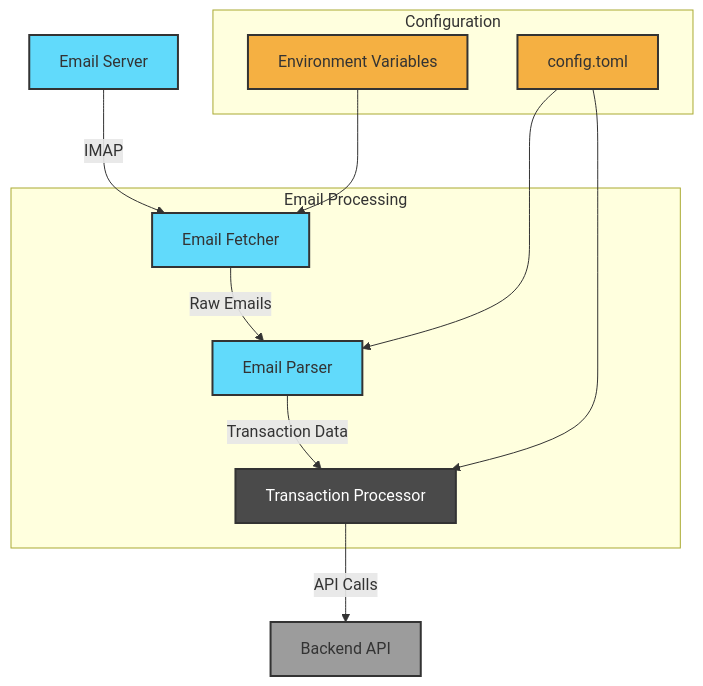
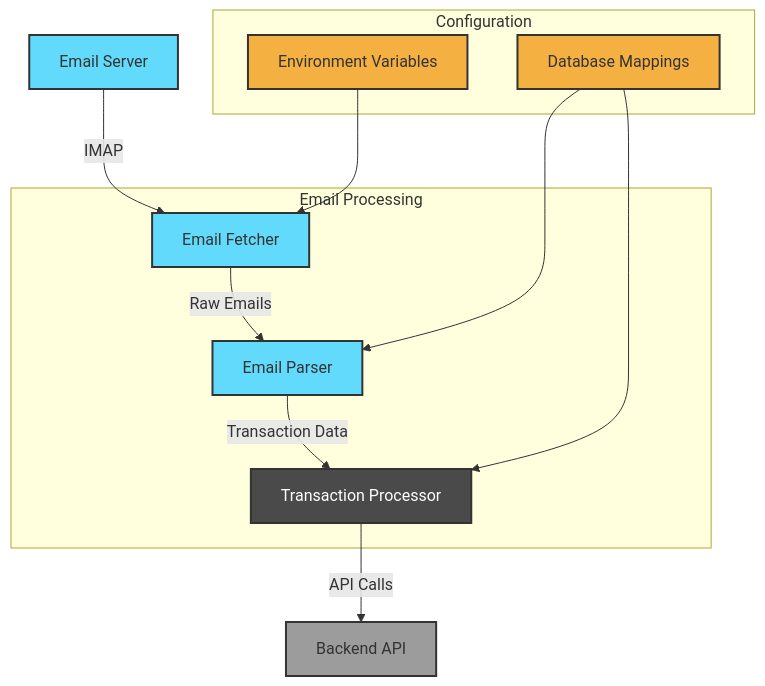
One commit to baijum/kanakku changed the ninth of 9 diagrams in docs/ARCHITECTURE.md. Above: the diagram before and after it, drawn with Mermaid. The commit also changed other lines of this file and 5 other files, not shown here.

````diff
--- a/docs/ARCHITECTURE.md
+++ b/docs/ARCHITECTURE.md
@@ -495,32 +495,32 @@
 ```mermaid
 flowchart TD
     EmailServer[Email Server] --> |IMAP| EmailFetcher[Email Fetcher]
     EmailFetcher --> |Raw Emails| EmailParser[Email Parser]
     EmailParser --> |Transaction Data| TransactionProcessor[Transaction Processor]
     TransactionProcessor --> |API Calls| Backend[Backend API]
     
     subgraph "Email Processing"
         EmailFetcher
         EmailParser
         TransactionProcessor
     end
     
     subgraph "Configuration"
-        Config[config.toml]
+        Database[Database Mappings]
         EnvVars[Environment Variables]
     end
     
-    Config --> EmailParser
-    Config --> TransactionProcessor
+    Database --> EmailParser
+    Database --> TransactionProcessor
     EnvVars --> EmailFetcher
     
     classDef email fill:#61dafb,stroke:#333,stroke-width:2px;
     classDef processor fill:#4a4a4a,stroke:#333,stroke-width:2px,color:white;
     classDef config fill:#f5b042,stroke:#333,stroke-width:2px;
     classDef backend fill:#9c9c9c,stroke:#333,stroke-width:2px;
     
     class EmailServer,EmailFetcher,EmailParser email;
     class TransactionProcessor processor;
-    class Config,EnvVars config;
+    class Database,EnvVars config;
     class Backend backend;
 ```
````
